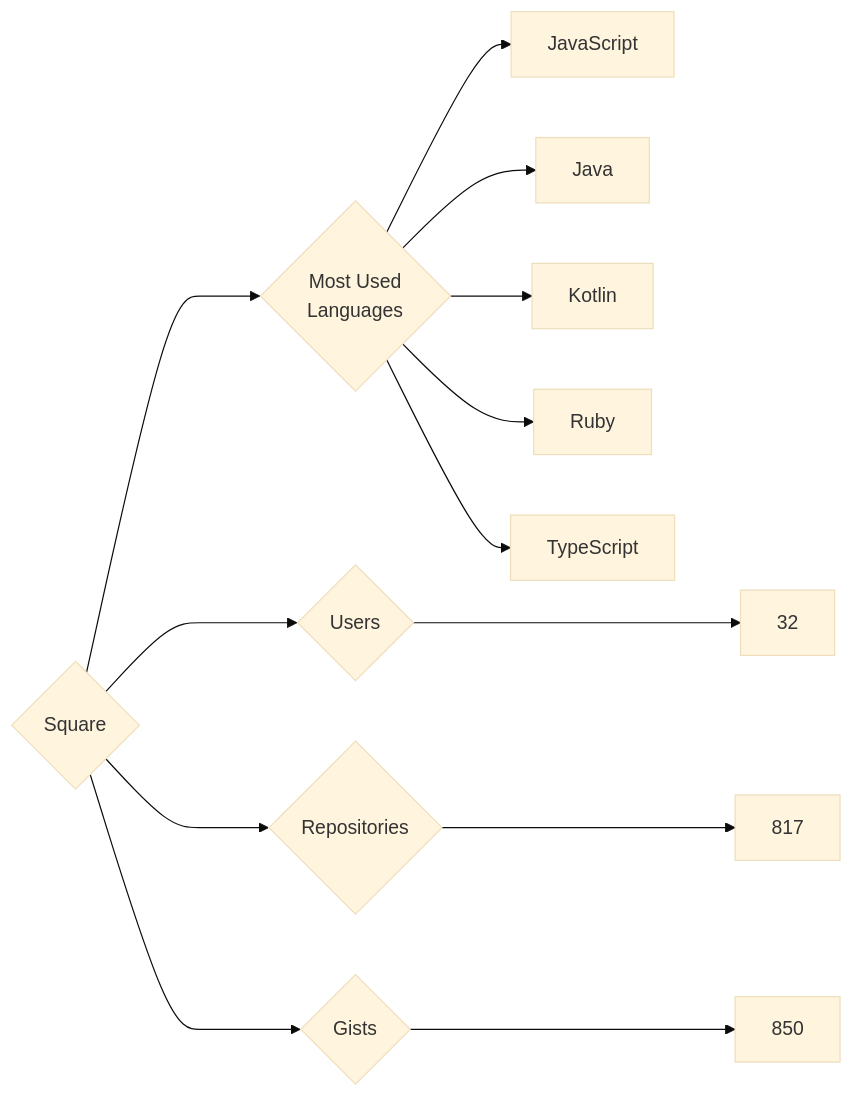
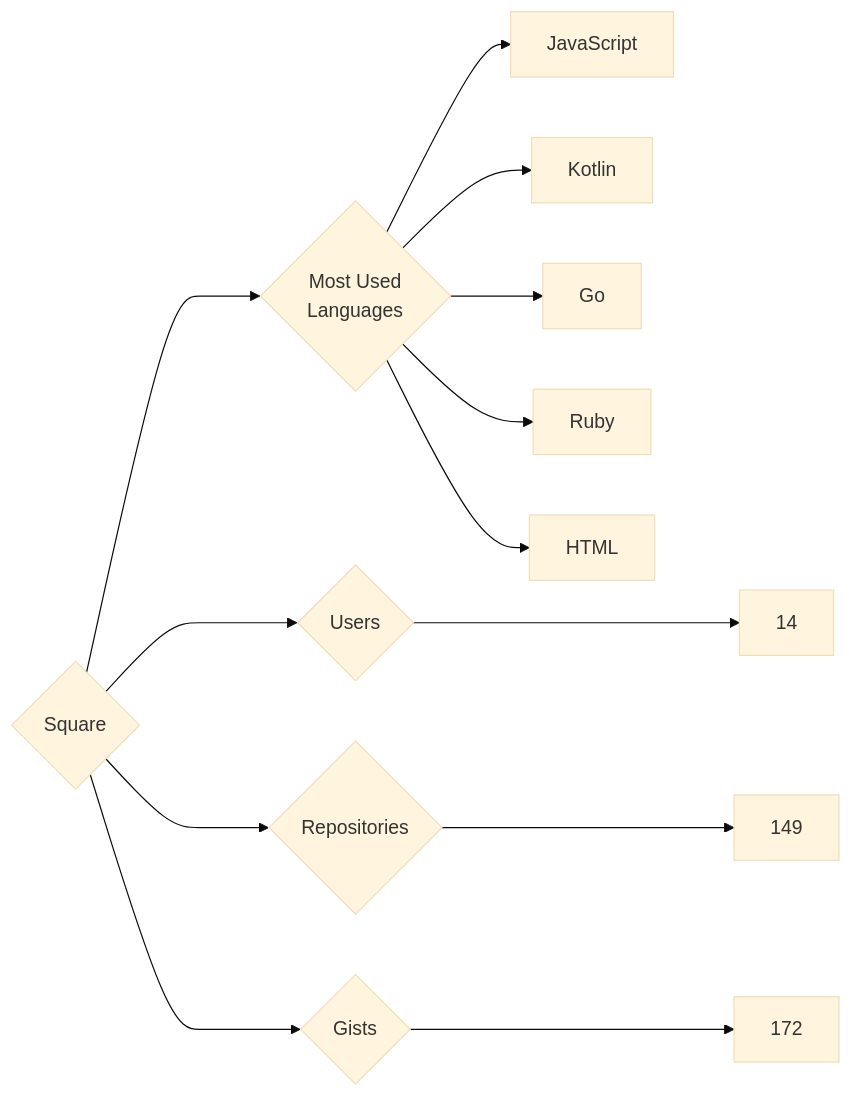
The diagram in targets/Square/README.md (trickest/insiders), drawn with Mermaid (base theme) before and after one commit. The commit also changed 597 other files, not shown here.

````diff
--- a/targets/Square/README.md
+++ b/targets/Square/README.md
@@ -3,13 +3,13 @@
 ```mermaid
 graph LR
 COMPANY_NAME{Square}
-COMPANY_NAME ---> U{Users} ---> UN[32]
-COMPANY_NAME ---> R{Repositories} ---> RN[817]
-COMPANY_NAME ---> G{Gists} ---> GN[850]
+COMPANY_NAME ---> U{Users} ---> UN[14]
+COMPANY_NAME ---> R{Repositories} ---> RN[149]
+COMPANY_NAME ---> G{Gists} ---> GN[172]
 COMPANY_NAME ---> ML{Most Used<br>Languages}
 ML --> JavaScript[JavaScript]
-ML --> Java[Java]
 ML --> Kotlin[Kotlin]
+ML --> Go[Go]
 ML --> Ruby[Ruby]
-ML --> TypeScript[TypeScript]
+ML --> HTML[HTML]
 ```
````
